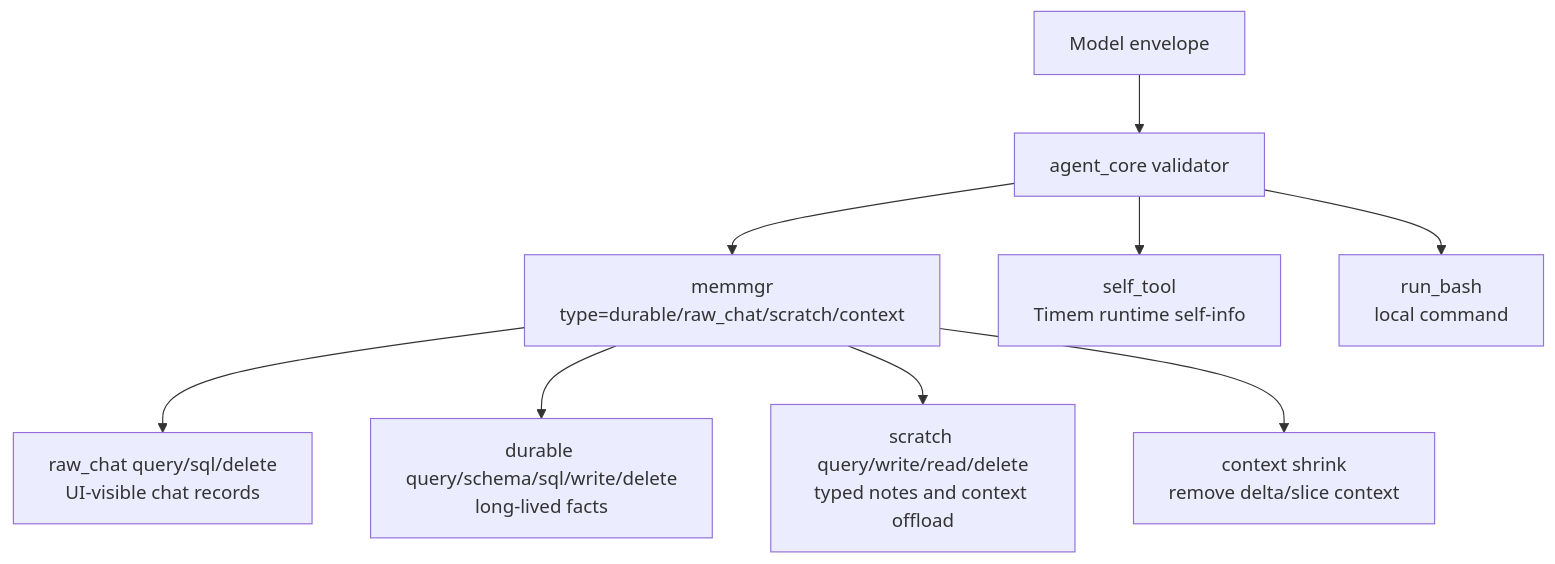
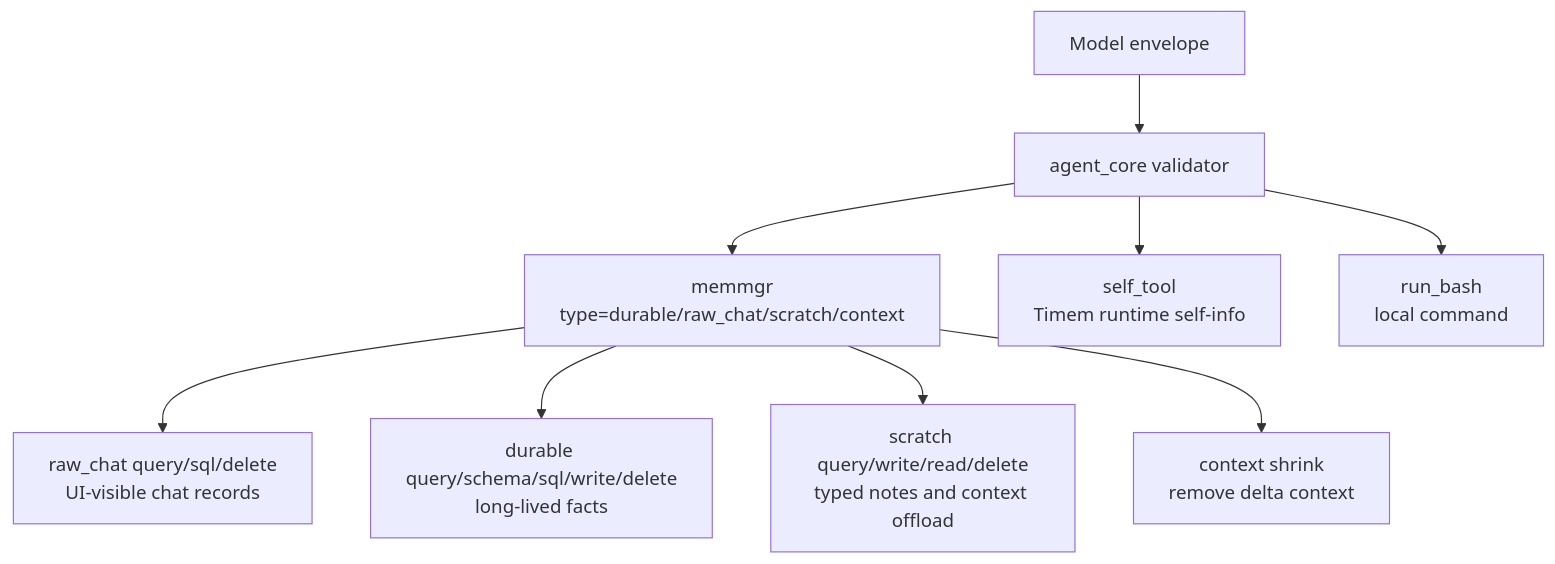
Before and after one commit to moliam/TimemAi: the fourth of 4 diagrams in docs/architecture.md, drawn with Mermaid. The commit also changed other lines of this file and 11 other files, not shown here.

Commit message:
docs: sync post v0.8 architecture and release gates

````diff
--- a/docs/architecture.md
+++ b/docs/architecture.md
@@ -616,11 +883,11 @@
 ```mermaid
 flowchart TB
     Model["Model envelope"] --> Core["agent_core validator"]
     Core --> Memmgr["memmgr\ntype=durable/raw_chat/scratch/context"]
     Memmgr --> Chat["raw_chat query/sql/delete\nUI-visible chat records"]
     Memmgr --> Memory["durable query/schema/sql/write/delete\nlong-lived facts"]
     Memmgr --> Scratch["scratch query/write/read/delete\ntyped notes and context offload"]
-    Memmgr --> Shrink["context shrink\nremove delta/slice context"]
+    Memmgr --> Shrink["context shrink\nremove delta context"]
     Core --> SelfTool["self_tool\nTimem runtime self-info"]
     Core --> Bash["run_bash\nlocal command"]
 ```
````
